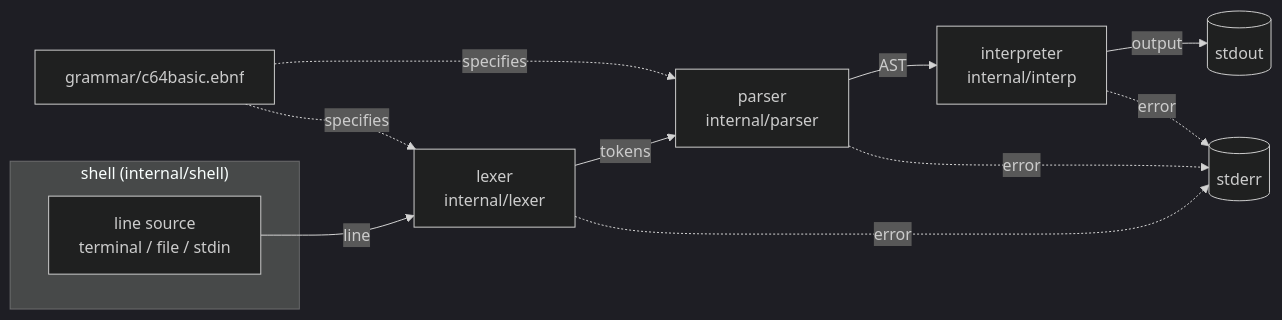
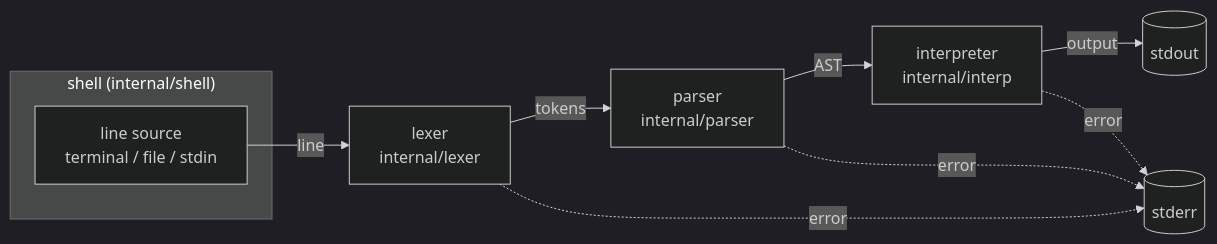
The diagram in docs/high-level-design.md (bryanesmith/c64sh), drawn with Mermaid (dark theme) before and after one commit. The commit also changed other lines of this file and 15 other files, not shown here.

````diff
--- a/docs/high-level-design.md
+++ b/docs/high-level-design.md
@@ -75,15 +75,13 @@
 ```mermaid
 flowchart LR
     subgraph shell ["shell (internal/shell)"]
         R[line source<br/>terminal / file / stdin]
     end
     R -->|line| L[lexer<br/>internal/lexer]
     L -->|tokens| P[parser<br/>internal/parser]
     P -->|AST| I[interpreter<br/>internal/interp]
     I -->|output| O[(stdout)]
     L -. error .-> E[(stderr)]
     P -. error .-> E
     I -. error .-> E
-    G[grammar/c64basic.ebnf] -. specifies .-> L
-    G -. specifies .-> P
 ```
````
